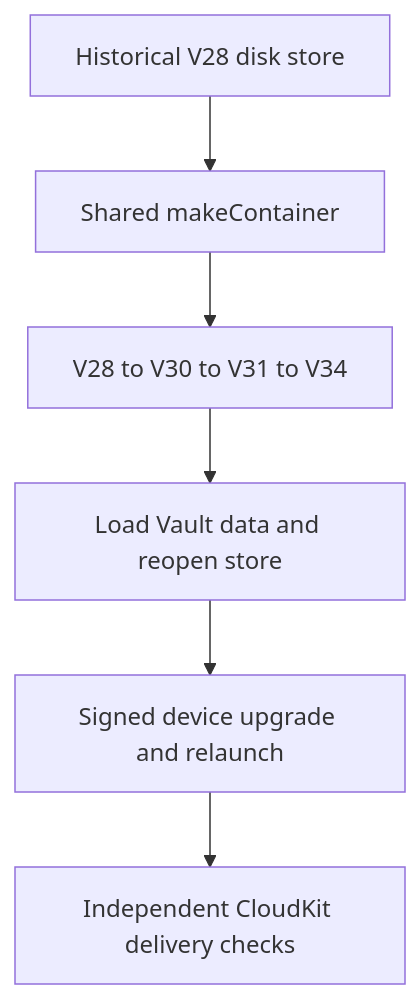
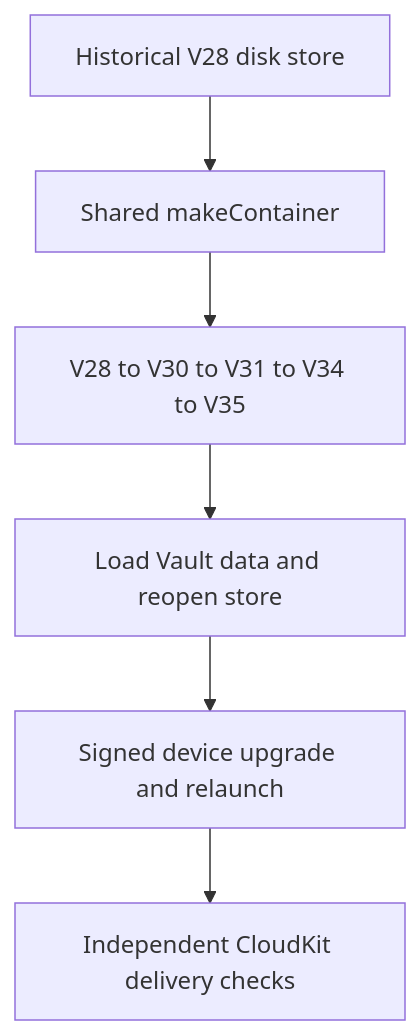
Before and after one commit to AkinoKaede/Termind: the diagram in openwiki/operations/cloudkit-release-readiness.md, drawn with Mermaid. The commit also changed other lines of this file and 92 other files, not shown here.

````diff
--- a/openwiki/operations/cloudkit-release-readiness.md
+++ b/openwiki/operations/cloudkit-release-readiness.md
@@ -129,8 +165,8 @@
 ```mermaid
 flowchart TD
     Fixture["Historical V28 disk store"] --> Factory["Shared makeContainer"]
-    Factory --> Local["V28 to V30 to V31 to V34"]
+    Factory --> Local["V28 to V30 to V31 to V34 to V35"]
     Local --> Verify["Load Vault data and reopen store"]
     Verify --> Device["Signed device upgrade and relaunch"]
     Device --> Cloud["Independent CloudKit delivery checks"]
 ```
````
